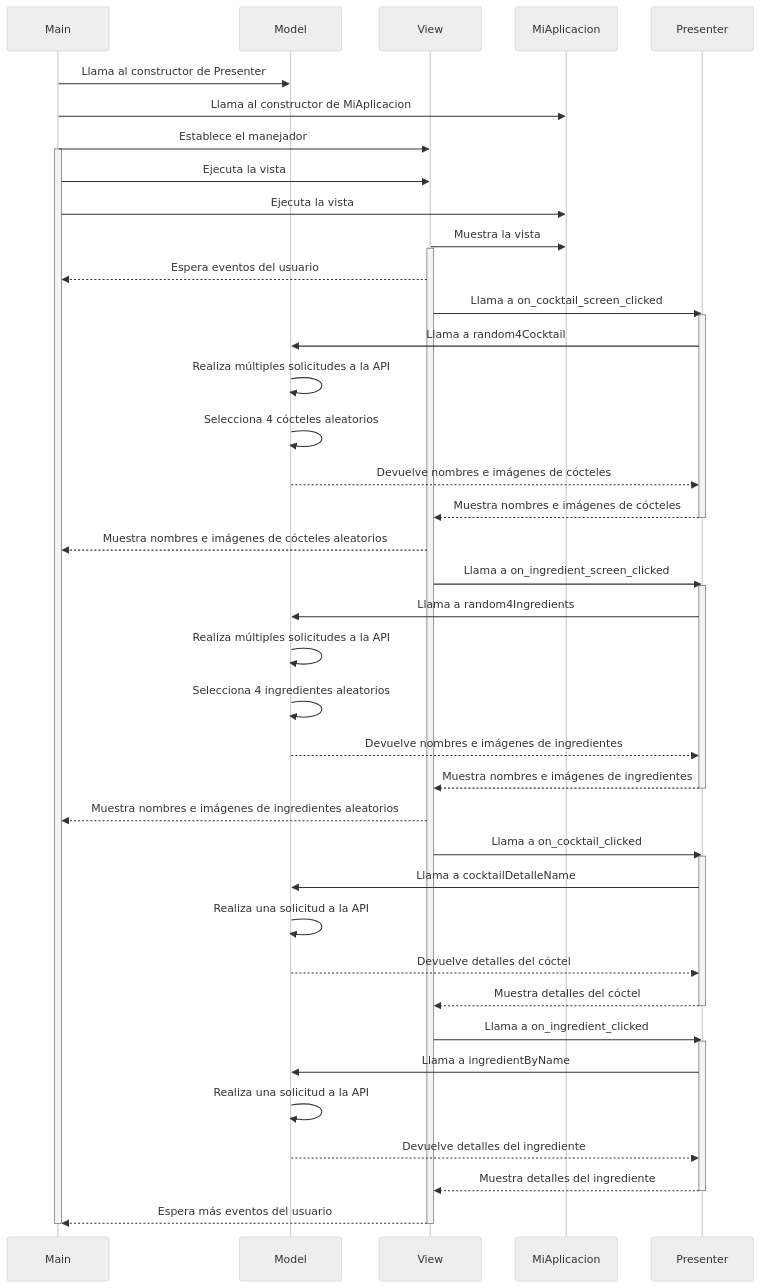
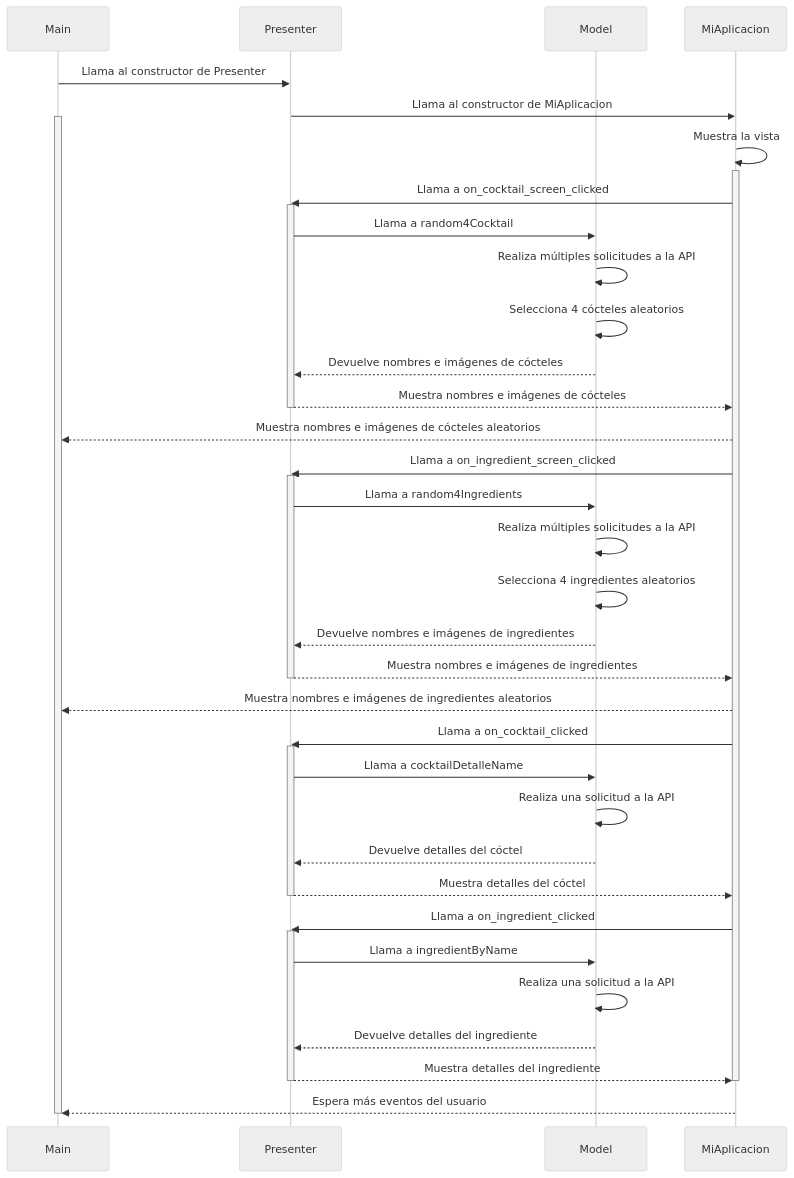
Before and after one commit to braisf03/IPM: the diagram in diseño-sw.md, drawn with Mermaid (neutral theme).

````diff
--- a/diseño-sw.md
+++ b/diseño-sw.md
@@ -1,60 +1,60 @@
 ```mermaid
 sequenceDiagram
     participant Main as Main
+    participant Presenter as Presenter
     participant Model as Model
-    participant View as View
     participant MiAplicacion as MiAplicacion
+    
 
-    Main->>Model: Llama al constructor de Presenter
-    Main->>MiAplicacion: Llama al constructor de MiAplicacion
-    Main->>View: Establece el manejador
+    Main->>Presenter: Llama al constructor de Presenter
+    Presenter->>MiAplicacion: Llama al constructor de MiAplicacion
+    
 
     activate Main
 
-    Main->>View: Ejecuta la vista
-    Main->>MiAplicacion: Ejecuta la vista
-    View->>MiAplicacion: Muestra la vista
+    
+    MiAplicacion->>MiAplicacion: Muestra la vista
 
-    activate View
+    activate MiAplicacion
 
-    View-->>Main: Espera eventos del usuario
-    View->>Presenter: Llama a on_cocktail_screen_clicked
+    MiAplicacion->>Presenter: Llama a on_cocktail_screen_clicked
     activate Presenter
     Presenter->>Model: Llama a random4Cocktail
     Model->>Model: Realiza múltiples solicitudes a la API
     Model->>Model: Selecciona 4 cócteles aleatorios
     Model-->>Presenter: Devuelve nombres e imágenes de cócteles
-    Presenter-->>View: Muestra nombres e imágenes de cócteles
+    Presenter-->>MiAplicacion: Muestra nombres e imágenes de cócteles
     deactivate Presenter
-    View-->>Main: Muestra nombres e imágenes de cócteles aleatorios
+    MiAplicacion-->>Main: Muestra nombres e imágenes de cócteles aleatorios
 
-    View->>Presenter: Llama a on_ingredient_screen_clicked
+    MiAplicacion->>Presenter: Llama a on_ingredient_screen_clicked
     activate Presenter
     Presenter->>Model: Llama a random4Ingredients
     Model->>Model: Realiza múltiples solicitudes a la API
     Model->>Model: Selecciona 4 ingredientes aleatorios
     Model-->>Presenter: Devuelve nombres e imágenes de ingredientes
-    Presenter-->>View: Muestra nombres e imágenes de ingredientes
+    Presenter-->>MiAplicacion: Muestra nombres e imágenes de ingredientes
     deactivate Presenter
-    View-->>Main: Muestra nombres e imágenes de ingredientes aleatorios
+    MiAplicacion-->>Main: Muestra nombres e imágenes de ingredientes aleatorios
 
-    View->>Presenter: Llama a on_cocktail_clicked
+    MiAplicacion->>Presenter: Llama a on_cocktail_clicked
     activate Presenter
     Presenter->>Model: Llama a cocktailDetalleName
     Model->>Model: Realiza una solicitud a la API
     Model-->>Presenter: Devuelve detalles del cóctel
-    Presenter-->>View: Muestra detalles del cóctel
+    Presenter-->>MiAplicacion: Muestra detalles del cóctel
     deactivate Presenter
 
-    View->>Presenter: Llama a on_ingredient_clicked
+    MiAplicacion->>Presenter: Llama a on_ingredient_clicked
     activate Presenter
     Presenter->>Model: Llama a ingredientByName
     Model->>Model: Realiza una solicitud a la API
     Model-->>Presenter: Devuelve detalles del ingrediente
-    Presenter-->>View: Muestra detalles del ingrediente
+    Presenter-->>MiAplicacion: Muestra detalles del ingrediente
     deactivate Presenter
 
-    View-->>Main: Espera más eventos del usuario
-    deactivate View
+    deactivate MiAplicacion
+    MiAplicacion-->>Main: Espera más eventos del usuario
     deactivate Main
+
 ```    
````
